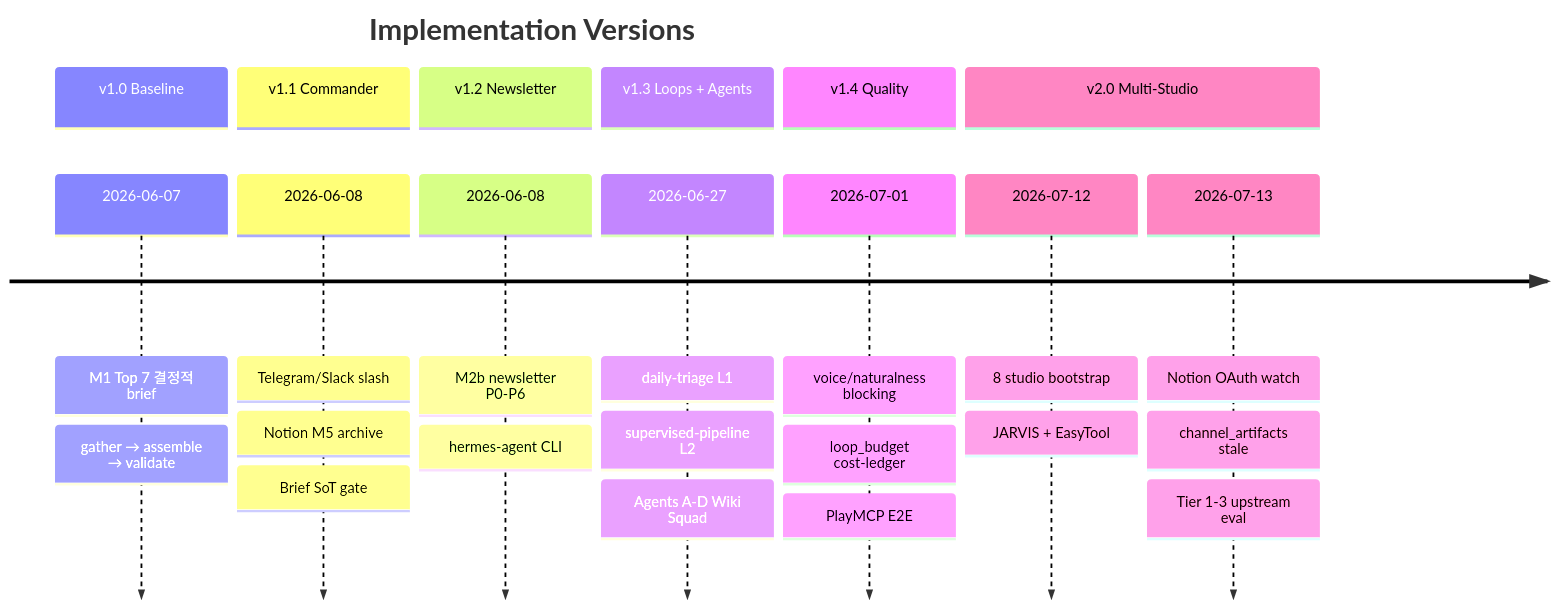
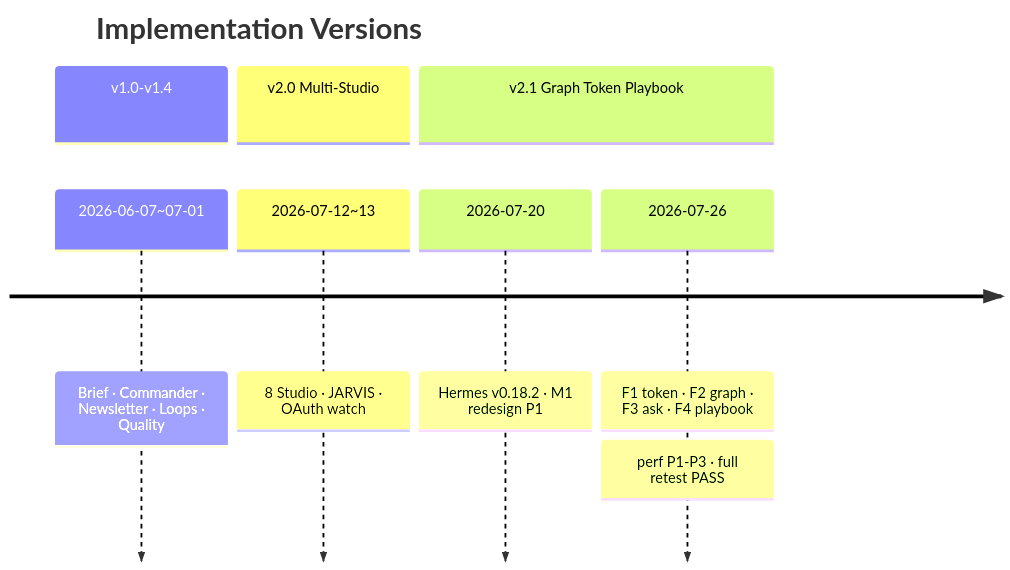
One commit to saewookkangboy/Hermes_Harness_dailybrief changed the first of 4 diagrams in docs/architecture/SYSTEM-LOGIC.md. Above: the diagram before and after it, drawn with Mermaid. The commit also changed other lines of this file and 11 other files, not shown here.

First line of the commit message:
docs: record v2.1 system logic (graph/token/playbook) and F1–F4 details.

````diff
--- a/docs/architecture/SYSTEM-LOGIC.md
+++ b/docs/architecture/SYSTEM-LOGIC.md
@@ -16,28 +16,12 @@
 ```mermaid
 timeline
   title Implementation Versions
-  section v1.0 Baseline
-    2026-06-07 : M1 Top 7 결정적 brief
-               : gather → assemble → validate
-  section v1.1 Commander
-    2026-06-08 : Telegram/Slack slash
-               : Notion M5 archive
-               : Brief SoT gate
-  section v1.2 Newsletter
-    2026-06-08 : M2b newsletter P0-P6
-               : hermes-agent CLI
-  section v1.3 Loops + Agents
-    2026-06-27 : daily-triage L1
-               : supervised-pipeline L2
-               : Agents A-D Wiki Squad
-  section v1.4 Quality
-    2026-07-01 : voice/naturalness blocking
-               : loop_budget cost-ledger
-               : PlayMCP E2E
+  section v1.0-v1.4
+    2026-06-07~07-01 : Brief · Commander · Newsletter · Loops · Quality
   section v2.0 Multi-Studio
-    2026-07-12 : 8 studio bootstrap
-               : JARVIS + EasyTool
-    2026-07-13 : Notion OAuth watch
-               : channel_artifacts stale
-               : Tier 1-3 upstream eval
+    2026-07-12~13 : 8 Studio · JARVIS · OAuth watch
+  section v2.1 Graph Token Playbook
+    2026-07-20 : Hermes v0.18.2 · M1 redesign P1
+    2026-07-26 : F1 token · F2 graph · F3 ask · F4 playbook
+               : perf P1-P3 · full retest PASS
 ```
````
